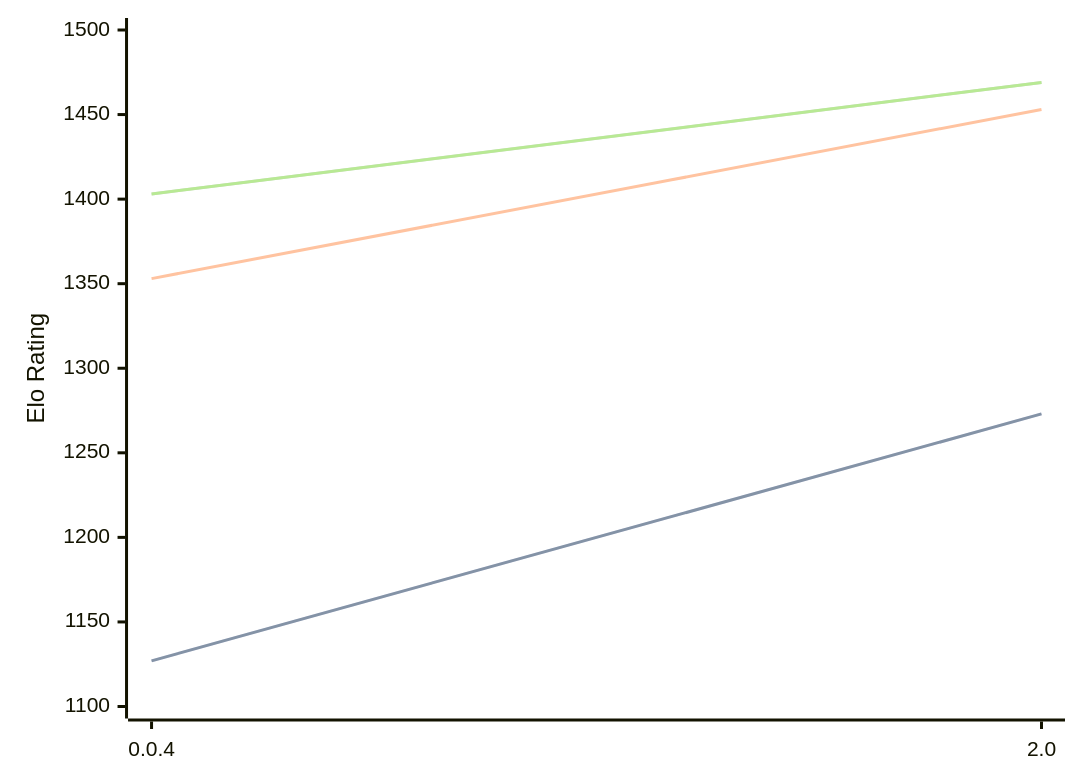
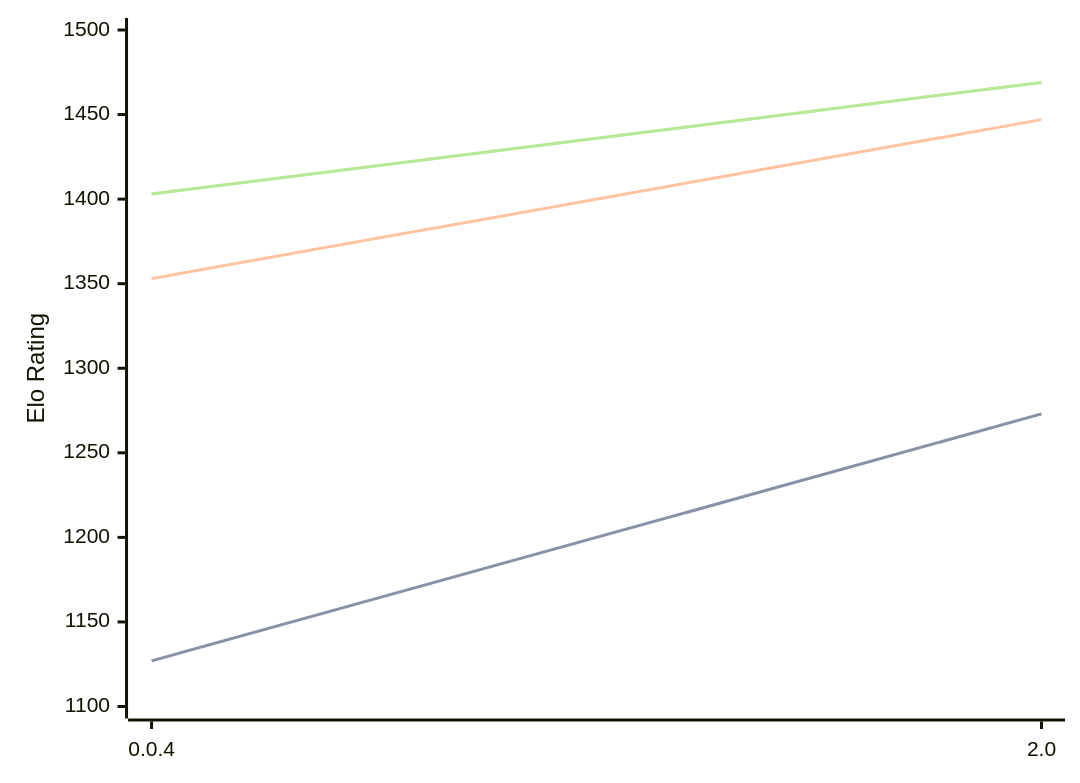
The diagram in engines/Oops!Mate.md (computer-chess-index/cci), drawn with Mermaid before and after one commit. The commit also changed other lines of this file, not shown here.

````diff
--- a/engines/Oops!Mate.md
+++ b/engines/Oops!Mate.md
@@ -52,11 +52,11 @@
 ```mermaid
 %%{init: {"theme":"base","themeVariables":{"seriesColors:['#a3a3a3','#222221','#faa371']}}}%%
 xychart-beta
   x-axis ["0.0.4", "2.0"]
   y-axis "Elo Rating" 1100 --> 1500
   line "STC (8.0+0.08s)" [1127, 1273]
   line "STC (8.0+0.08s)" [1127, 1273]
-  line "LTC (60.0+0.60s)" [1353, 1453]
+  line "LTC (60.0+0.60s)" [1353, 1447]
   line "VLTC (2m24s+1.12s)" [1403, 1469]
   line "VLTC (2m24s+1.12s)" [1403, 1469]
 ```
````
